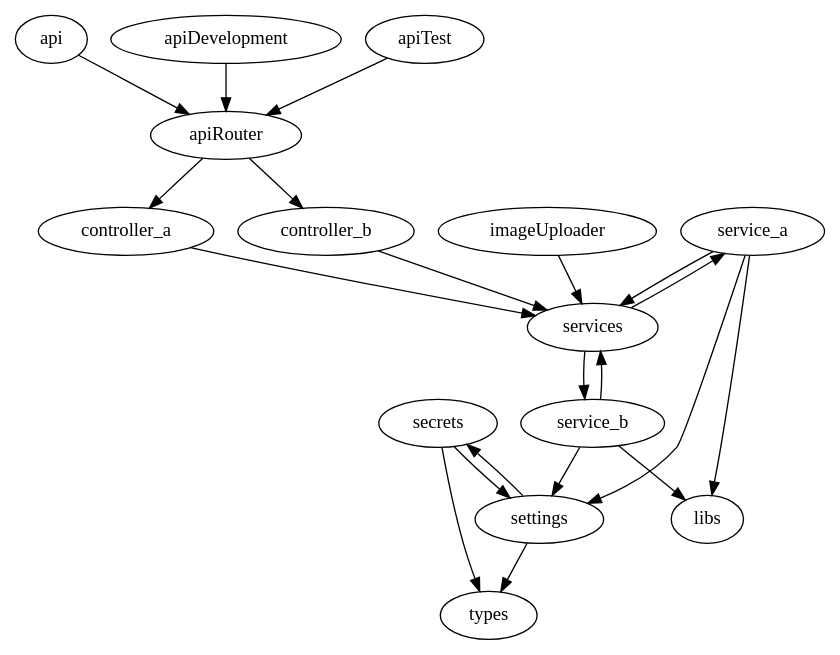
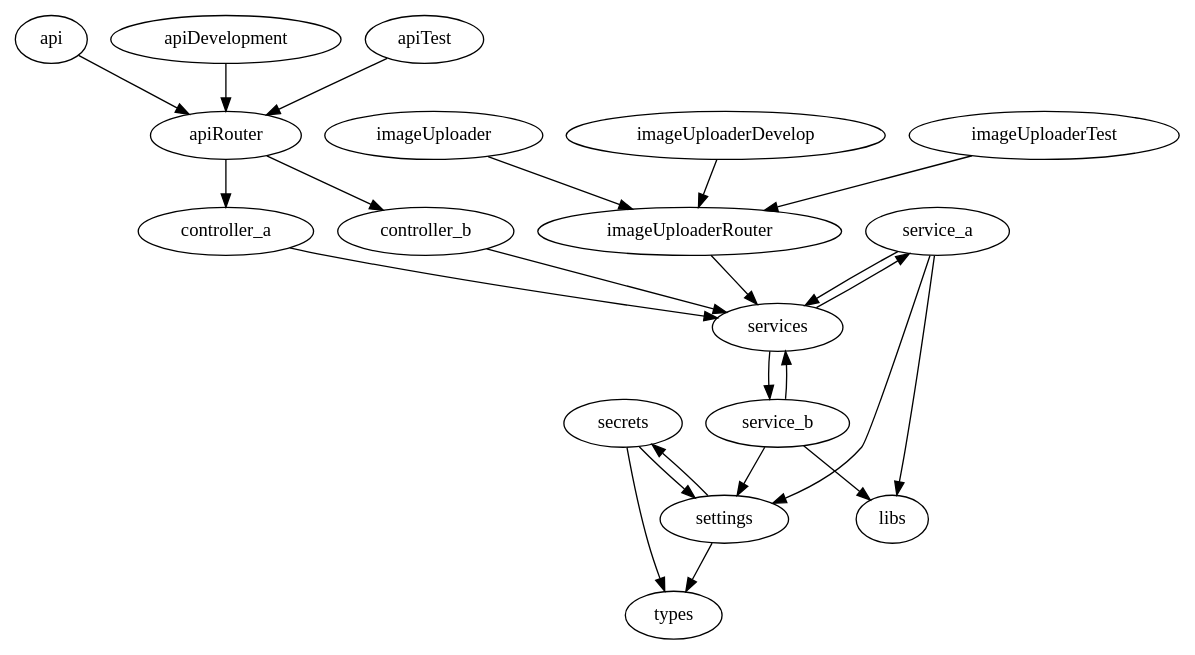
One commit to plantain-00/SubsNoti-doc changed the diagram in design_backends.dot. Above: the diagram before and after it, drawn with Graphviz. The commit also changed 1 other file, not shown here.

```diff
--- a/design_backends.dot
+++ b/design_backends.dot
@@ -1,31 +1,35 @@
 digraph backends {
     secrets -> types
     secrets -> settings
 
     settings -> types
     settings -> secrets
 
     services -> service_a
     services -> service_b
 
     service_a -> libs
     service_a -> settings
     service_a -> services
 
     service_b -> libs
     service_b -> settings
     service_b -> services
 
     controller_a -> services
 
     controller_b -> services
 
     apiRouter -> controller_a
     apiRouter -> controller_b
 
     api -> apiRouter
     apiDevelopment -> apiRouter
     apiTest -> apiRouter
 
-    imageUploader -> services
+    imageUploaderRouter -> services
+
+    imageUploader -> imageUploaderRouter
+    imageUploaderDevelop -> imageUploaderRouter
+    imageUploaderTest -> imageUploaderRouter
 }
```
